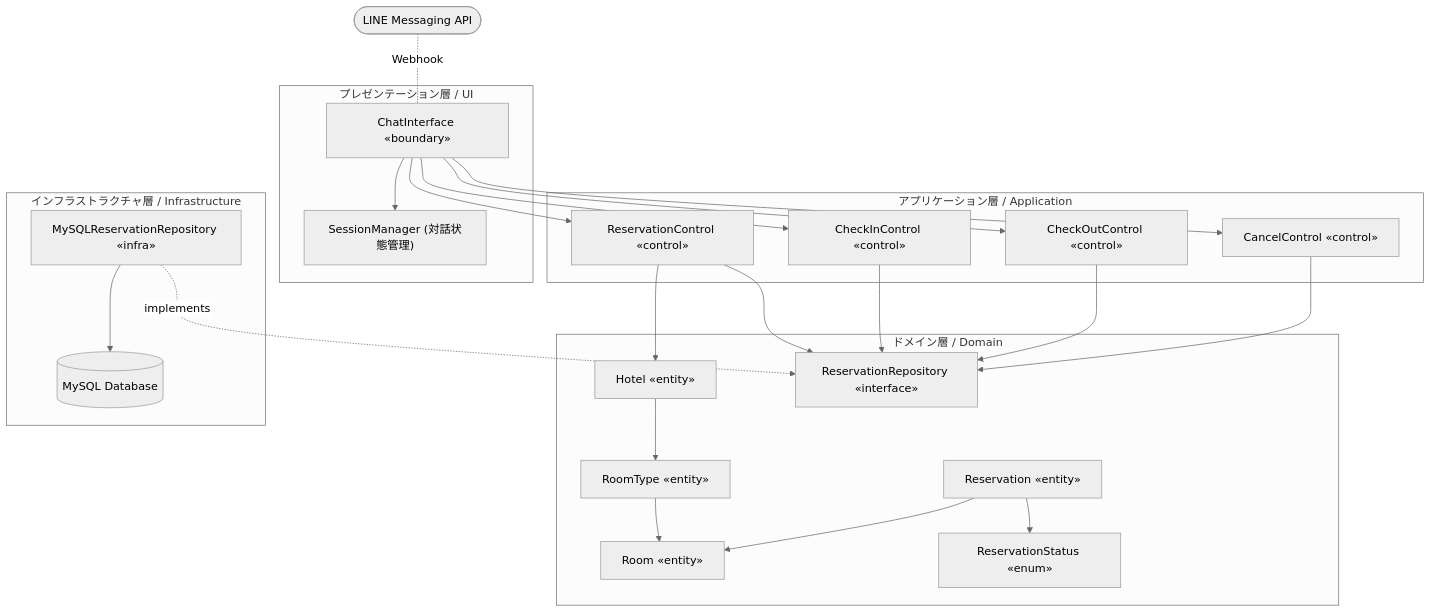
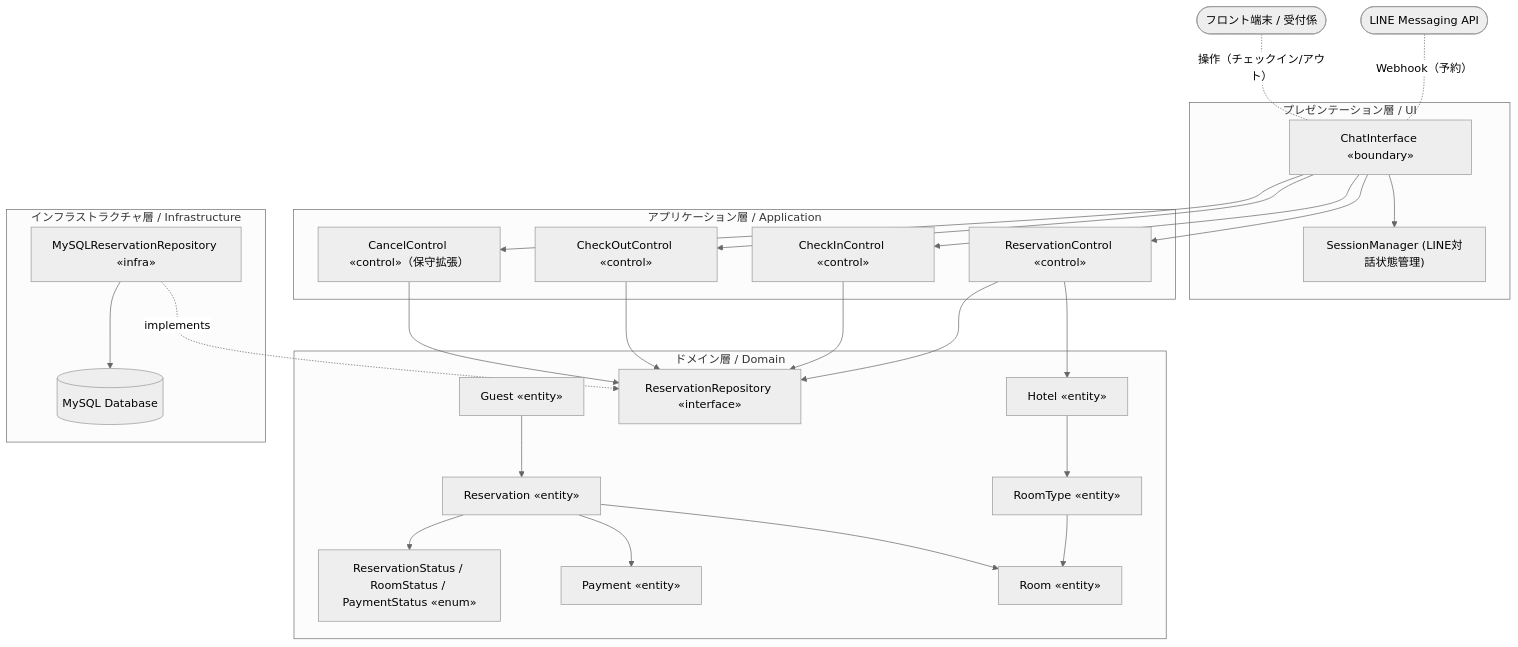
Before and after one commit to Kohki-tyl/HRS: the first of 3 diagrams in Architecture.md, drawn with Mermaid (neutral theme). The commit also changed other lines of this file, not shown here.

````diff
--- a/Architecture.md
+++ b/Architecture.md
@@ -12,52 +16,56 @@
 ```mermaid
 flowchart TD
     LINE([LINE Messaging API]):::ext
+    FRONT([フロント端末 / 受付係]):::ext
 
     subgraph P[プレゼンテーション層 / UI]
         CI["ChatInterface «boundary»"]
-        SM["SessionManager (対話状態管理)"]
+        SM["SessionManager (LINE対話状態管理)"]
     end
     subgraph A[アプリケーション層 / Application]
         RC["ReservationControl «control»"]
         KC["CheckInControl «control»"]
         OC["CheckOutControl «control»"]
-        CC["CancelControl «control»"]
+        CC["CancelControl «control»（保守拡張）"]
     end
     subgraph D[ドメイン層 / Domain]
+        GU["Guest «entity»"]
         HT["Hotel «entity»"]
         RT["RoomType «entity»"]
         RM["Room «entity»"]
         RV["Reservation «entity»"]
-        ST["ReservationStatus «enum»"]
+        PM["Payment «entity»"]
+        EN["ReservationStatus / RoomStatus / PaymentStatus «enum»"]
         REPO_IF["ReservationRepository «interface»"]
     end
     subgraph I[インフラストラクチャ層 / Infrastructure]
         REPO_IMPL["MySQLReservationRepository «infra»"]
         DB[(MySQL Database)]:::ext
     end
 
-    LINE -. Webhook .- CI
+    LINE -. Webhook（予約） .- CI
+    FRONT -. 操作（チェックイン/アウト） .- CI
     CI --> SM
     CI --> RC
     CI --> KC
     CI --> OC
     CI --> CC
-    
+
     RC --> HT
     RC --> REPO_IF
     KC --> REPO_IF
     OC --> REPO_IF
     CC --> REPO_IF
-    
-    %% クラス図特有の記号を通常の矢印に変更
+
     HT --> RT
     RT --> RM
     RV --> RM
-    RV --> ST
-    
-    %% extends/implementsの表現を点線矢印に変更
+    RV --> PM
+    RV --> EN
+    GU --> RV
+
     REPO_IMPL -. implements .-> REPO_IF
     REPO_IMPL --> DB
 
     classDef ext fill:#eee,stroke:#999;
 ```
````
